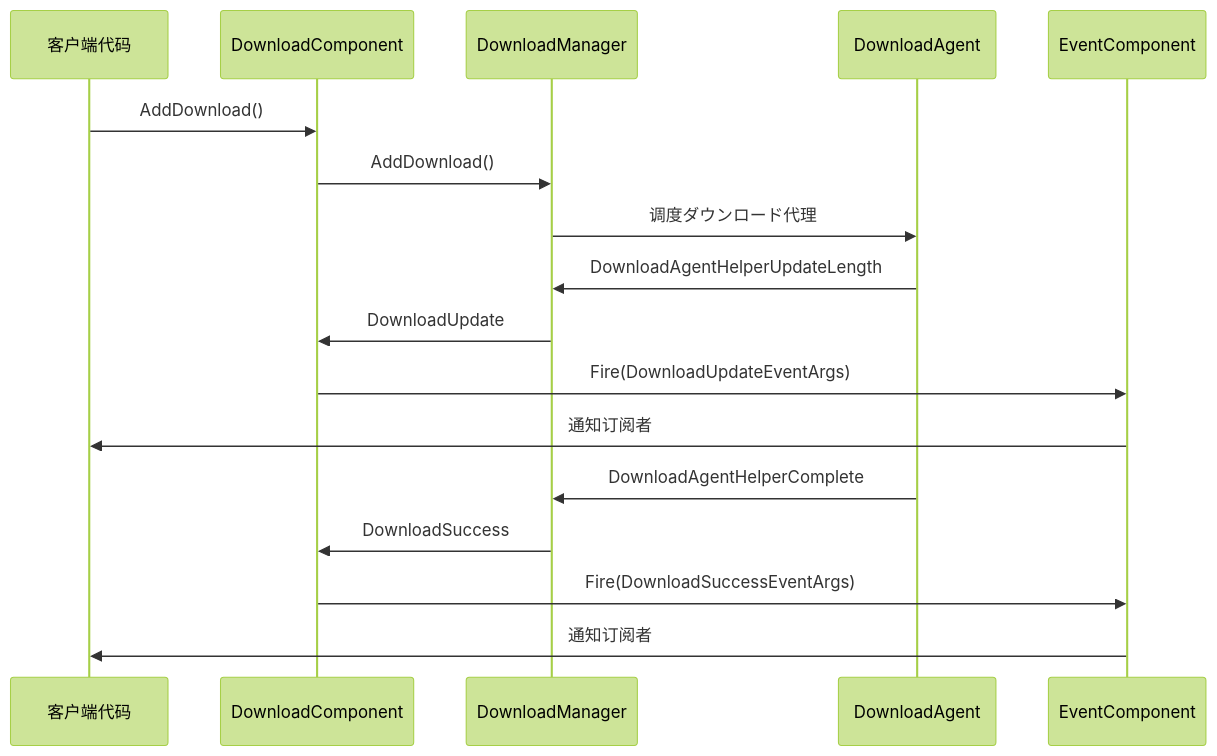
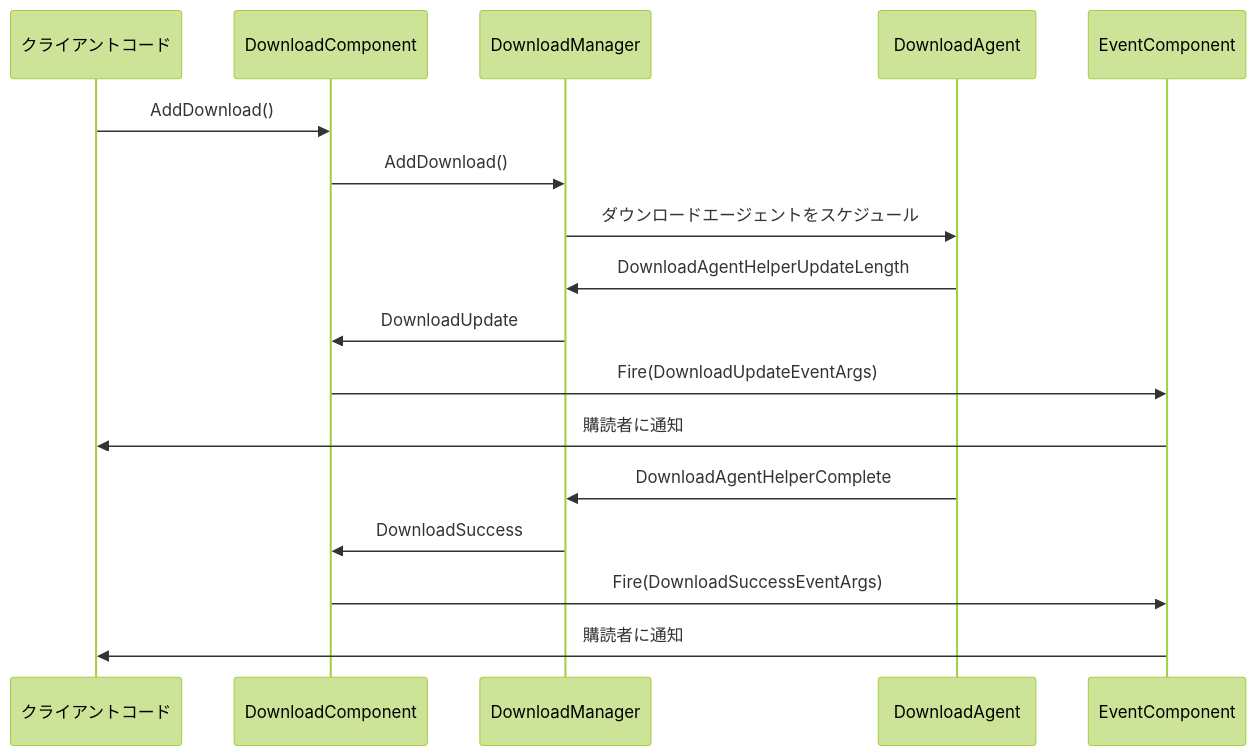
One commit to AlianBlank/GameFrameX.Docs changed the second of 2 diagrams in docs/ja/client/unity/component/download/11.download-events.md. Above: the diagram before and after it, drawn with Mermaid (forest theme). The commit also changed other lines of this file and 320 other files, not shown here.

````diff
--- a/docs/ja/client/unity/component/download/11.download-events.md
+++ b/docs/ja/client/unity/component/download/11.download-events.md
@@ -738,21 +738,21 @@
 ```mermaid
 sequenceDiagram
-    participant Client as 客户端代码
+    participant Client as クライアントコード
     participant DC as DownloadComponent
     participant DM as DownloadManager
     participant DA as DownloadAgent
     participant EC as EventComponent
 
     Client->>DC: AddDownload()
     DC->>DM: AddDownload()
-    DM->>DA: 调度ダウンロード代理
+    DM->>DA: ダウンロードエージェントをスケジュール
     DA->>DM: DownloadAgentHelperUpdateLength
     DM->>DC: DownloadUpdate
     DC->>EC: Fire(DownloadUpdateEventArgs)
-    EC->>Client: 通知订阅者
-    
+    EC->>Client: 購読者に通知
+
     DA->>DM: DownloadAgentHelperComplete
     DM->>DC: DownloadSuccess
     DC->>EC: Fire(DownloadSuccessEventArgs)
-    EC->>Client: 通知订阅者
+    EC->>Client: 購読者に通知
 ```
````
